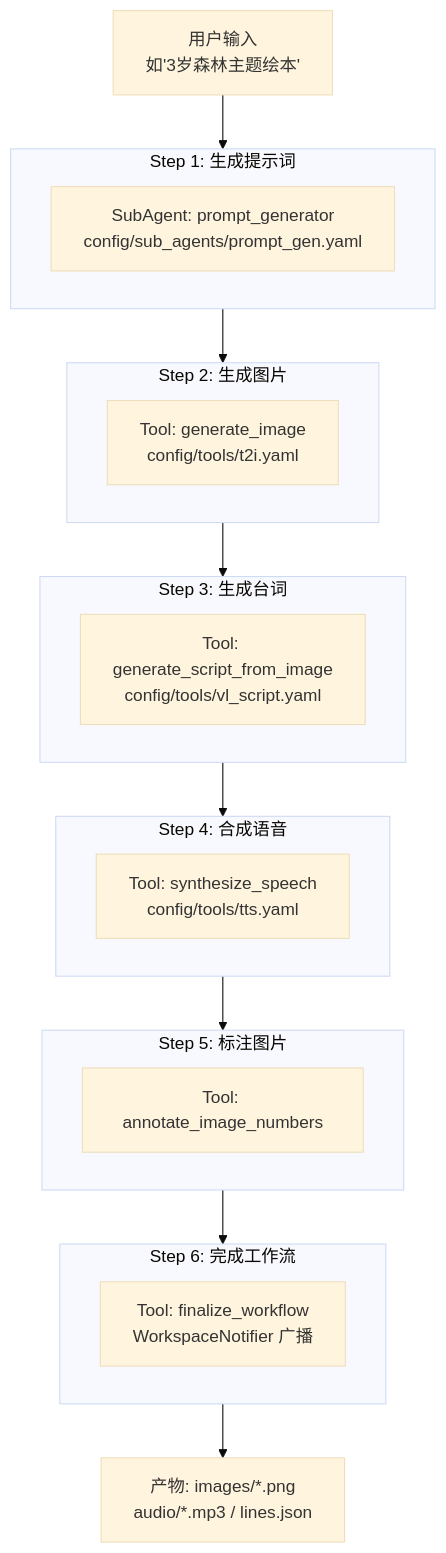
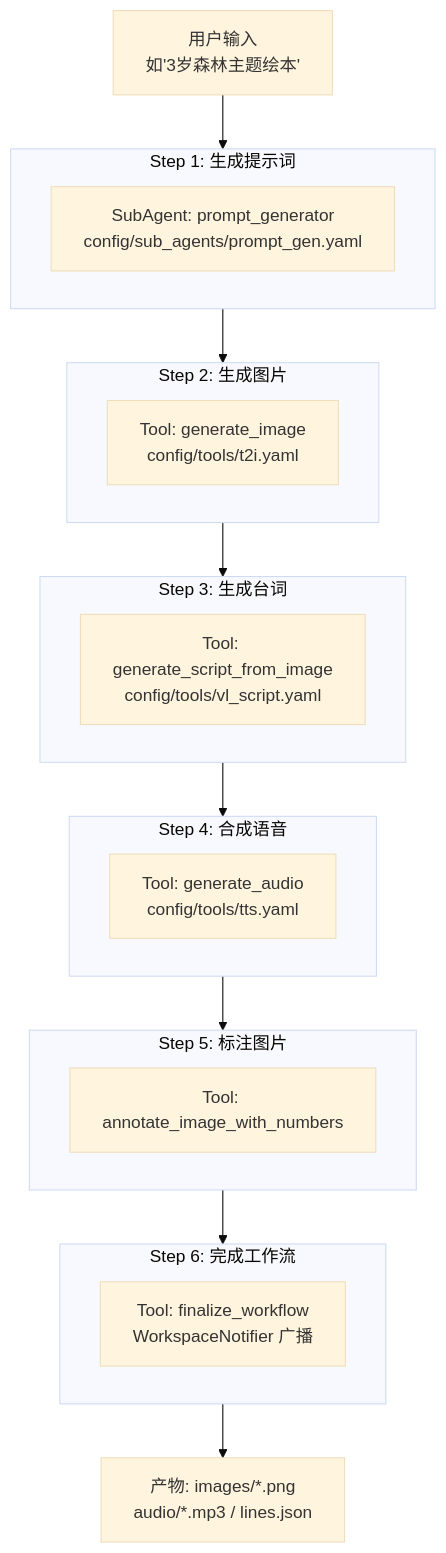
One commit to rximg/jiaojiao changed the fifth of 6 diagrams in docs/architecture/backend.md. Above: the diagram before and after it, drawn with Mermaid (base theme). The commit also changed other lines of this file and 6 other files, not shown here.

````diff
--- a/docs/architecture/backend.md
+++ b/docs/architecture/backend.md
@@ -320,32 +320,32 @@
 ```mermaid
 flowchart TD
     IN[用户输入\n如'3岁森林主题绘本']
 
     subgraph S1[Step 1: 生成提示词]
         SA[SubAgent: prompt_generator\nconfig/sub_agents/prompt_gen.yaml]
     end
 
     subgraph S2[Step 2: 生成图片]
         T2I[Tool: generate_image\nconfig/tools/t2i.yaml]
     end
 
     subgraph S3[Step 3: 生成台词]
         VL[Tool: generate_script_from_image\nconfig/tools/vl_script.yaml]
     end
 
     subgraph S4[Step 4: 合成语音]
-        TTS[Tool: synthesize_speech\nconfig/tools/tts.yaml]
+        TTS[Tool: generate_audio\nconfig/tools/tts.yaml]
     end
 
     subgraph S5[Step 5: 标注图片]
-        ANN[Tool: annotate_image_numbers]
+        ANN[Tool: annotate_image_with_numbers]
     end
 
     subgraph S6[Step 6: 完成工作流]
         FIN[Tool: finalize_workflow\nWorkspaceNotifier 广播]
     end
 
     OUT[产物: images/*.png\naudio/*.mp3 / lines.json]
 
     IN --> S1 --> S2 --> S3 --> S4 --> S5 --> S6 --> OUT
 ```
````
